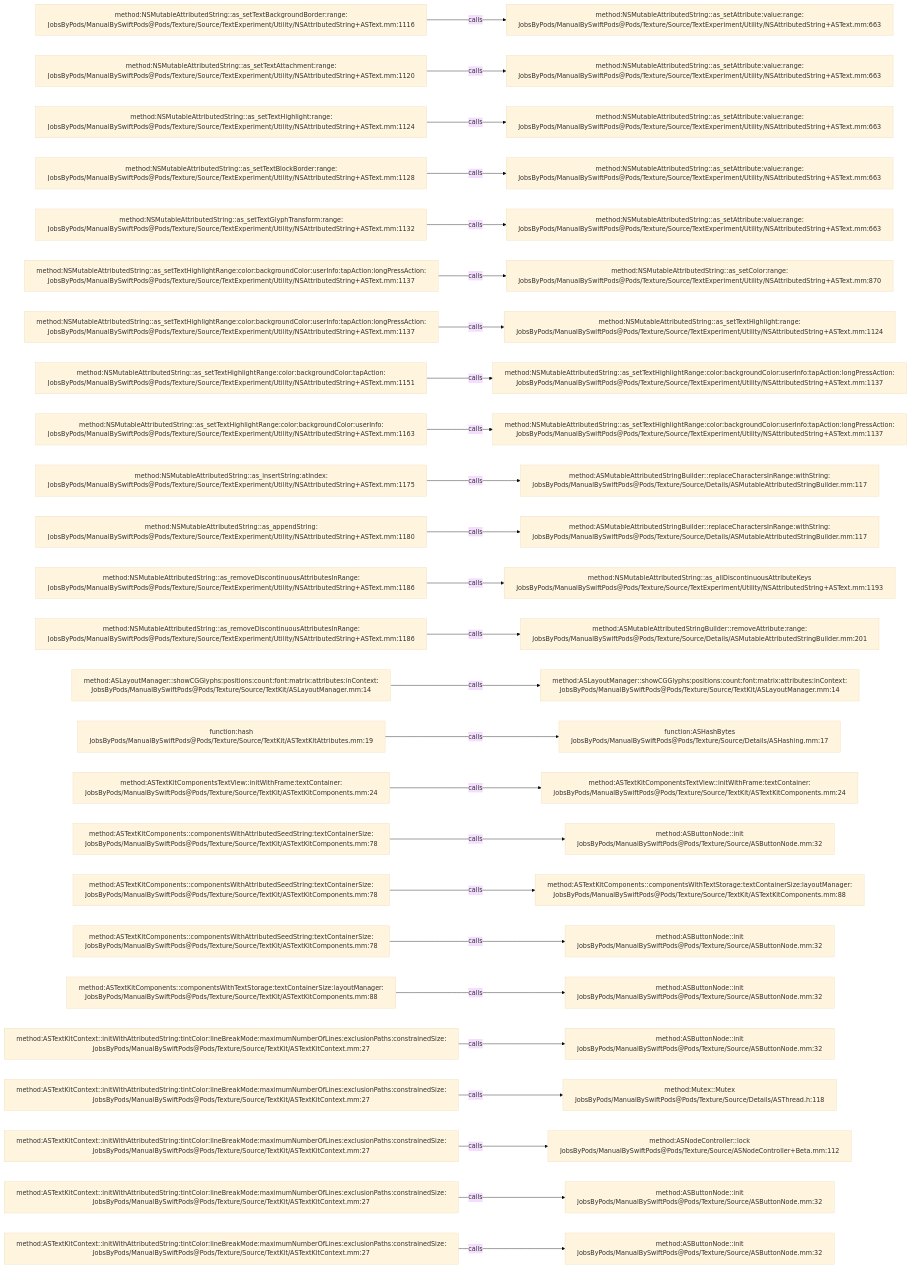
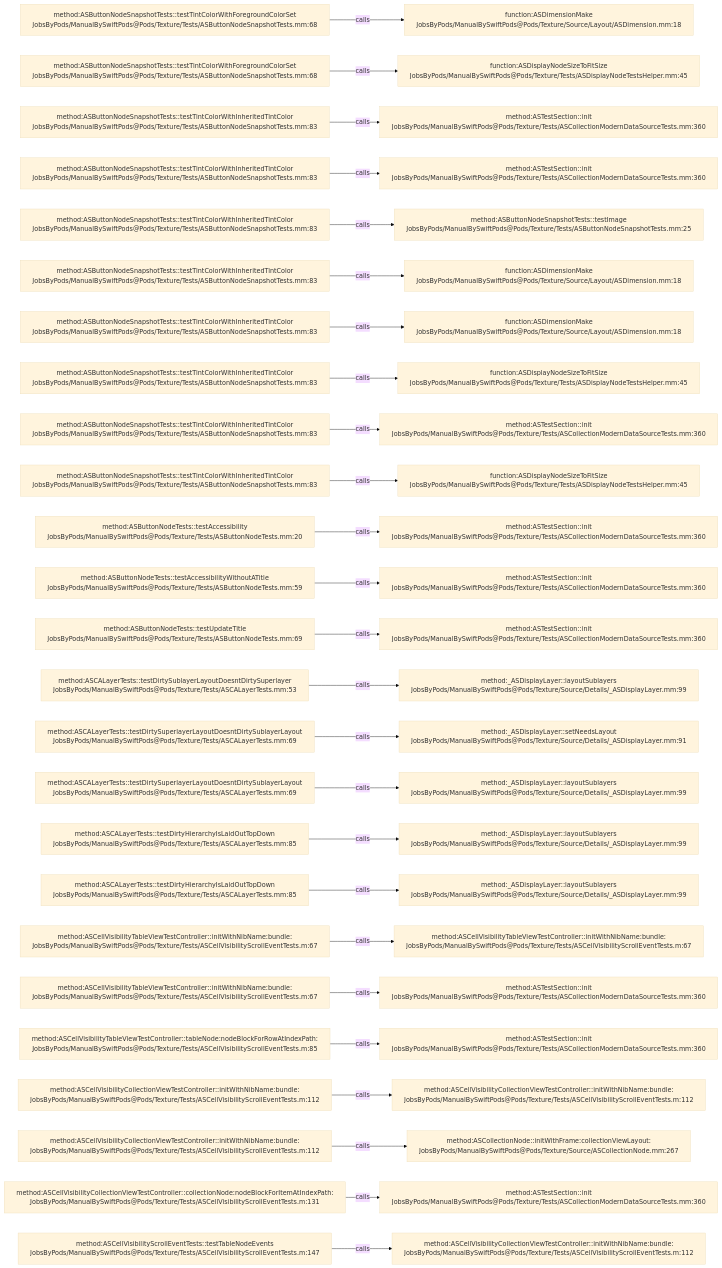
Before and after one commit to JobsKits/JobsSwiftBaseConfigDemo: the diagram in .codegraph/codegraph.md/graphs/calls-166.md, drawn with Mermaid (base theme). The commit also changed 832 other files, not shown here.

````diff
--- a/.codegraph/codegraph.md/graphs/calls-166.md
+++ b/.codegraph/codegraph.md/graphs/calls-166.md
@@ -13,78 +13,78 @@
 ```mermaid
 flowchart LR
-  S1["method:NSMutableAttributedString::as_setTextBackgroundBorder:range:<br/>JobsByPods/ManualBySwiftPods@Pods/Texture/Source/TextExperiment/Utility/NSAttributedString+ASText.mm:1116"]
-  T1["method:NSMutableAttributedString::as_setAttribute:value:range:<br/>JobsByPods/ManualBySwiftPods@Pods/Texture/Source/TextExperiment/Utility/NSAttributedString+ASText.mm:663"]
+  S1["method:ASButtonNodeSnapshotTests::testTintColorWithForegroundColorSet<br/>JobsByPods/ManualBySwiftPods@Pods/Texture/Tests/ASButtonNodeSnapshotTests.mm:68"]
+  T1["function:ASDimensionMake<br/>JobsByPods/ManualBySwiftPods@Pods/Texture/Source/Layout/ASDimension.mm:18"]
   S1 -->|calls| T1
-  S2["method:NSMutableAttributedString::as_setTextAttachment:range:<br/>JobsByPods/ManualBySwiftPods@Pods/Texture/Source/TextExperiment/Utility/NSAttributedString+ASText.mm:1120"]
-  T2["method:NSMutableAttributedString::as_setAttribute:value:range:<br/>JobsByPods/ManualBySwiftPods@Pods/Texture/Source/TextExperiment/Utility/NSAttributedString+ASText.mm:663"]
+  S2["method:ASButtonNodeSnapshotTests::testTintColorWithForegroundColorSet<br/>JobsByPods/ManualBySwiftPods@Pods/Texture/Tests/ASButtonNodeSnapshotTests.mm:68"]
+  T2["function:ASDisplayNodeSizeToFitSize<br/>JobsByPods/ManualBySwiftPods@Pods/Texture/Tests/ASDisplayNodeTestsHelper.mm:45"]
   S2 -->|calls| T2
-  S3["method:NSMutableAttributedString::as_setTextHighlight:range:<br/>JobsByPods/ManualBySwiftPods@Pods/Texture/Source/TextExperiment/Utility/NSAttributedString+ASText.mm:1124"]
-  T3["method:NSMutableAttributedString::as_setAttribute:value:range:<br/>JobsByPods/ManualBySwiftPods@Pods/Texture/Source/TextExperiment/Utility/NSAttributedString+ASText.mm:663"]
+  S3["method:ASButtonNodeSnapshotTests::testTintColorWithInheritedTintColor<br/>JobsByPods/ManualBySwiftPods@Pods/Texture/Tests/ASButtonNodeSnapshotTests.mm:83"]
+  T3["method:ASTestSection::init<br/>JobsByPods/ManualBySwiftPods@Pods/Texture/Tests/ASCollectionModernDataSourceTests.mm:360"]
   S3 -->|calls| T3
-  S4["method:NSMutableAttributedString::as_setTextBlockBorder:range:<br/>JobsByPods/ManualBySwiftPods@Pods/Texture/Source/TextExperiment/Utility/NSAttributedString+ASText.mm:1128"]
-  T4["method:NSMutableAttributedString::as_setAttribute:value:range:<br/>JobsByPods/ManualBySwiftPods@Pods/Texture/Source/TextExperiment/Utility/NSAttributedString+ASText.mm:663"]
+  S4["method:ASButtonNodeSnapshotTests::testTintColorWithInheritedTintColor<br/>JobsByPods/ManualBySwiftPods@Pods/Texture/Tests/ASButtonNodeSnapshotTests.mm:83"]
+  T4["method:ASTestSection::init<br/>JobsByPods/ManualBySwiftPods@Pods/Texture/Tests/ASCollectionModernDataSourceTests.mm:360"]
   S4 -->|calls| T4
-  S5["method:NSMutableAttributedString::as_setTextGlyphTransform:range:<br/>JobsByPods/ManualBySwiftPods@Pods/Texture/Source/TextExperiment/Utility/NSAttributedString+ASText.mm:1132"]
-  T5["method:NSMutableAttributedString::as_setAttribute:value:range:<br/>JobsByPods/ManualBySwiftPods@Pods/Texture/Source/TextExperiment/Utility/NSAttributedString+ASText.mm:663"]
+  S5["method:ASButtonNodeSnapshotTests::testTintColorWithInheritedTintColor<br/>JobsByPods/ManualBySwiftPods@Pods/Texture/Tests/ASButtonNodeSnapshotTests.mm:83"]
+  T5["method:ASButtonNodeSnapshotTests::testImage<br/>JobsByPods/ManualBySwiftPods@Pods/Texture/Tests/ASButtonNodeSnapshotTests.mm:25"]
   S5 -->|calls| T5
-  S6["method:NSMutableAttributedString::as_setTextHighlightRange:color:backgroundColor:userInfo:tapAction:longPressAction:<br/>JobsByPods/ManualBySwiftPods@Pods/Texture/Source/TextExperiment/Utility/NSAttributedString+ASText.mm:1137"]
-  T6["method:NSMutableAttributedString::as_setColor:range:<br/>JobsByPods/ManualBySwiftPods@Pods/Texture/Source/TextExperiment/Utility/NSAttributedString+ASText.mm:870"]
+  S6["method:ASButtonNodeSnapshotTests::testTintColorWithInheritedTintColor<br/>JobsByPods/ManualBySwiftPods@Pods/Texture/Tests/ASButtonNodeSnapshotTests.mm:83"]
+  T6["function:ASDimensionMake<br/>JobsByPods/ManualBySwiftPods@Pods/Texture/Source/Layout/ASDimension.mm:18"]
   S6 -->|calls| T6
-  S7["method:NSMutableAttributedString::as_setTextHighlightRange:color:backgroundColor:userInfo:tapAction:longPressAction:<br/>JobsByPods/ManualBySwiftPods@Pods/Texture/Source/TextExperiment/Utility/NSAttributedString+ASText.mm:1137"]
-  T7["method:NSMutableAttributedString::as_setTextHighlight:range:<br/>JobsByPods/ManualBySwiftPods@Pods/Texture/Source/TextExperiment/Utility/NSAttributedString+ASText.mm:1124"]
+  S7["method:ASButtonNodeSnapshotTests::testTintColorWithInheritedTintColor<br/>JobsByPods/ManualBySwiftPods@Pods/Texture/Tests/ASButtonNodeSnapshotTests.mm:83"]
+  T7["function:ASDimensionMake<br/>JobsByPods/ManualBySwiftPods@Pods/Texture/Source/Layout/ASDimension.mm:18"]
   S7 -->|calls| T7
-  S8["method:NSMutableAttributedString::as_setTextHighlightRange:color:backgroundColor:tapAction:<br/>JobsByPods/ManualBySwiftPods@Pods/Texture/Source/TextExperiment/Utility/NSAttributedString+ASText.mm:1151"]
-  T8["method:NSMutableAttributedString::as_setTextHighlightRange:color:backgroundColor:userInfo:tapAction:longPressAction:<br/>JobsByPods/ManualBySwiftPods@Pods/Texture/Source/TextExperiment/Utility/NSAttributedString+ASText.mm:1137"]
+  S8["method:ASButtonNodeSnapshotTests::testTintColorWithInheritedTintColor<br/>JobsByPods/ManualBySwiftPods@Pods/Texture/Tests/ASButtonNodeSnapshotTests.mm:83"]
+  T8["function:ASDisplayNodeSizeToFitSize<br/>JobsByPods/ManualBySwiftPods@Pods/Texture/Tests/ASDisplayNodeTestsHelper.mm:45"]
   S8 -->|calls| T8
-  S9["method:NSMutableAttributedString::as_setTextHighlightRange:color:backgroundColor:userInfo:<br/>JobsByPods/ManualBySwiftPods@Pods/Texture/Source/TextExperiment/Utility/NSAttributedString+ASText.mm:1163"]
-  T9["method:NSMutableAttributedString::as_setTextHighlightRange:color:backgroundColor:userInfo:tapAction:longPressAction:<br/>JobsByPods/ManualBySwiftPods@Pods/Texture/Source/TextExperiment/Utility/NSAttributedString+ASText.mm:1137"]
+  S9["method:ASButtonNodeSnapshotTests::testTintColorWithInheritedTintColor<br/>JobsByPods/ManualBySwiftPods@Pods/Texture/Tests/ASButtonNodeSnapshotTests.mm:83"]
+  T9["method:ASTestSection::init<br/>JobsByPods/ManualBySwiftPods@Pods/Texture/Tests/ASCollectionModernDataSourceTests.mm:360"]
   S9 -->|calls| T9
-  S10["method:NSMutableAttributedString::as_insertString:atIndex:<br/>JobsByPods/ManualBySwiftPods@Pods/Texture/Source/TextExperiment/Utility/NSAttributedString+ASText.mm:1175"]
-  T10["method:ASMutableAttributedStringBuilder::replaceCharactersInRange:withString:<br/>JobsByPods/ManualBySwiftPods@Pods/Texture/Source/Details/ASMutableAttributedStringBuilder.mm:117"]
+  S10["method:ASButtonNodeSnapshotTests::testTintColorWithInheritedTintColor<br/>JobsByPods/ManualBySwiftPods@Pods/Texture/Tests/ASButtonNodeSnapshotTests.mm:83"]
+  T10["function:ASDisplayNodeSizeToFitSize<br/>JobsByPods/ManualBySwiftPods@Pods/Texture/Tests/ASDisplayNodeTestsHelper.mm:45"]
   S10 -->|calls| T10
-  S11["method:NSMutableAttributedString::as_appendString:<br/>JobsByPods/ManualBySwiftPods@Pods/Texture/Source/TextExperiment/Utility/NSAttributedString+ASText.mm:1180"]
-  T11["method:ASMutableAttributedStringBuilder::replaceCharactersInRange:withString:<br/>JobsByPods/ManualBySwiftPods@Pods/Texture/Source/Details/ASMutableAttributedStringBuilder.mm:117"]
+  S11["method:ASButtonNodeTests::testAccessibility<br/>JobsByPods/ManualBySwiftPods@Pods/Texture/Tests/ASButtonNodeTests.mm:20"]
+  T11["method:ASTestSection::init<br/>JobsByPods/ManualBySwiftPods@Pods/Texture/Tests/ASCollectionModernDataSourceTests.mm:360"]
   S11 -->|calls| T11
-  S12["method:NSMutableAttributedString::as_removeDiscontinuousAttributesInRange:<br/>JobsByPods/ManualBySwiftPods@Pods/Texture/Source/TextExperiment/Utility/NSAttributedString+ASText.mm:1186"]
-  T12["method:NSMutableAttributedString::as_allDiscontinuousAttributeKeys<br/>JobsByPods/ManualBySwiftPods@Pods/Texture/Source/TextExperiment/Utility/NSAttributedString+ASText.mm:1193"]
+  S12["method:ASButtonNodeTests::testAccessibilityWithoutATitle<br/>JobsByPods/ManualBySwiftPods@Pods/Texture/Tests/ASButtonNodeTests.mm:59"]
+  T12["method:ASTestSection::init<br/>JobsByPods/ManualBySwiftPods@Pods/Texture/Tests/ASCollectionModernDataSourceTests.mm:360"]
   S12 -->|calls| T12
-  S13["method:NSMutableAttributedString::as_removeDiscontinuousAttributesInRange:<br/>JobsByPods/ManualBySwiftPods@Pods/Texture/Source/TextExperiment/Utility/NSAttributedString+ASText.mm:1186"]
-  T13["method:ASMutableAttributedStringBuilder::removeAttribute:range:<br/>JobsByPods/ManualBySwiftPods@Pods/Texture/Source/Details/ASMutableAttributedStringBuilder.mm:201"]
+  S13["method:ASButtonNodeTests::testUpdateTitle<br/>JobsByPods/ManualBySwiftPods@Pods/Texture/Tests/ASButtonNodeTests.mm:69"]
+  T13["method:ASTestSection::init<br/>JobsByPods/ManualBySwiftPods@Pods/Texture/Tests/ASCollectionModernDataSourceTests.mm:360"]
   S13 -->|calls| T13
-  S14["method:ASLayoutManager::showCGGlyphs:positions:count:font:matrix:attributes:inContext:<br/>JobsByPods/ManualBySwiftPods@Pods/Texture/Source/TextKit/ASLayoutManager.mm:14"]
-  T14["method:ASLayoutManager::showCGGlyphs:positions:count:font:matrix:attributes:inContext:<br/>JobsByPods/ManualBySwiftPods@Pods/Texture/Source/TextKit/ASLayoutManager.mm:14"]
+  S14["method:ASCALayerTests::testDirtySublayerLayoutDoesntDirtySuperlayer<br/>JobsByPods/ManualBySwiftPods@Pods/Texture/Tests/ASCALayerTests.mm:53"]
+  T14["method:_ASDisplayLayer::layoutSublayers<br/>JobsByPods/ManualBySwiftPods@Pods/Texture/Source/Details/_ASDisplayLayer.mm:99"]
   S14 -->|calls| T14
-  S15["function:hash<br/>JobsByPods/ManualBySwiftPods@Pods/Texture/Source/TextKit/ASTextKitAttributes.mm:19"]
-  T15["function:ASHashBytes<br/>JobsByPods/ManualBySwiftPods@Pods/Texture/Source/Details/ASHashing.mm:17"]
+  S15["method:ASCALayerTests::testDirtySuperlayerLayoutDoesntDirtySublayerLayout<br/>JobsByPods/ManualBySwiftPods@Pods/Texture/Tests/ASCALayerTests.mm:69"]
+  T15["method:_ASDisplayLayer::setNeedsLayout<br/>JobsByPods/ManualBySwiftPods@Pods/Texture/Source/Details/_ASDisplayLayer.mm:91"]
   S15 -->|calls| T15
-  S16["method:ASTextKitComponentsTextView::initWithFrame:textContainer:<br/>JobsByPods/ManualBySwiftPods@Pods/Texture/Source/TextKit/ASTextKitComponents.mm:24"]
-  T16["method:ASTextKitComponentsTextView::initWithFrame:textContainer:<br/>JobsByPods/ManualBySwiftPods@Pods/Texture/Source/TextKit/ASTextKitComponents.mm:24"]
+  S16["method:ASCALayerTests::testDirtySuperlayerLayoutDoesntDirtySublayerLayout<br/>JobsByPods/ManualBySwiftPods@Pods/Texture/Tests/ASCALayerTests.mm:69"]
+  T16["method:_ASDisplayLayer::layoutSublayers<br/>JobsByPods/ManualBySwiftPods@Pods/Texture/Source/Details/_ASDisplayLayer.mm:99"]
   S16 -->|calls| T16
-  S17["method:ASTextKitComponents::componentsWithAttributedSeedString:textContainerSize:<br/>JobsByPods/ManualBySwiftPods@Pods/Texture/Source/TextKit/ASTextKitComponents.mm:78"]
-  T17["method:ASButtonNode::init<br/>JobsByPods/ManualBySwiftPods@Pods/Texture/Source/ASButtonNode.mm:32"]
+  S17["method:ASCALayerTests::testDirtyHierarchyIsLaidOutTopDown<br/>JobsByPods/ManualBySwiftPods@Pods/Texture/Tests/ASCALayerTests.mm:85"]
+  T17["method:_ASDisplayLayer::layoutSublayers<br/>JobsByPods/ManualBySwiftPods@Pods/Texture/Source/Details/_ASDisplayLayer.mm:99"]
   S17 -->|calls| T17
-  S18["method:ASTextKitComponents::componentsWithAttributedSeedString:textContainerSize:<br/>JobsByPods/ManualBySwiftPods@Pods/Texture/Source/TextKit/ASTextKitComponents.mm:78"]
-  T18["method:ASTextKitComponents::componentsWithTextStorage:textContainerSize:layoutManager:<br/>JobsByPods/ManualBySwiftPods@Pods/Texture/Source/TextKit/ASTextKitComponents.mm:88"]
+  S18["method:ASCALayerTests::testDirtyHierarchyIsLaidOutTopDown<br/>JobsByPods/ManualBySwiftPods@Pods/Texture/Tests/ASCALayerTests.mm:85"]
+  T18["method:_ASDisplayLayer::layoutSublayers<br/>JobsByPods/ManualBySwiftPods@Pods/Texture/Source/Details/_ASDisplayLayer.mm:99"]
   S18 -->|calls| T18
-  S19["method:ASTextKitComponents::componentsWithAttributedSeedString:textContainerSize:<br/>JobsByPods/ManualBySwiftPods@Pods/Texture/Source/TextKit/ASTextKitComponents.mm:78"]
-  T19["method:ASButtonNode::init<br/>JobsByPods/ManualBySwiftPods@Pods/Texture/Source/ASButtonNode.mm:32"]
+  S19["method:ASCellVisibilityTableViewTestController::initWithNibName:bundle:<br/>JobsByPods/ManualBySwiftPods@Pods/Texture/Tests/ASCellVisibilityScrollEventTests.m:67"]
+  T19["method:ASCellVisibilityTableViewTestController::initWithNibName:bundle:<br/>JobsByPods/ManualBySwiftPods@Pods/Texture/Tests/ASCellVisibilityScrollEventTests.m:67"]
   S19 -->|calls| T19
-  S20["method:ASTextKitComponents::componentsWithTextStorage:textContainerSize:layoutManager:<br/>JobsByPods/ManualBySwiftPods@Pods/Texture/Source/TextKit/ASTextKitComponents.mm:88"]
-  T20["method:ASButtonNode::init<br/>JobsByPods/ManualBySwiftPods@Pods/Texture/Source/ASButtonNode.mm:32"]
+  S20["method:ASCellVisibilityTableViewTestController::initWithNibName:bundle:<br/>JobsByPods/ManualBySwiftPods@Pods/Texture/Tests/ASCellVisibilityScrollEventTests.m:67"]
+  T20["method:ASTestSection::init<br/>JobsByPods/ManualBySwiftPods@Pods/Texture/Tests/ASCollectionModernDataSourceTests.mm:360"]
   S20 -->|calls| T20
-  S21["method:ASTextKitContext::initWithAttributedString:tintColor:lineBreakMode:maximumNumberOfLines:exclusionPaths:constrainedSize:<br/>JobsByPods/ManualBySwiftPods@Pods/Texture/Source/TextKit/ASTextKitContext.mm:27"]
-  T21["method:ASButtonNode::init<br/>JobsByPods/ManualBySwiftPods@Pods/Texture/Source/ASButtonNode.mm:32"]
+  S21["method:ASCellVisibilityTableViewTestController::tableNode:nodeBlockForRowAtIndexPath:<br/>JobsByPods/ManualBySwiftPods@Pods/Texture/Tests/ASCellVisibilityScrollEventTests.m:85"]
+  T21["method:ASTestSection::init<br/>JobsByPods/ManualBySwiftPods@Pods/Texture/Tests/ASCollectionModernDataSourceTests.mm:360"]
   S21 -->|calls| T21
-  S22["method:ASTextKitContext::initWithAttributedString:tintColor:lineBreakMode:maximumNumberOfLines:exclusionPaths:constrainedSize:<br/>JobsByPods/ManualBySwiftPods@Pods/Texture/Source/TextKit/ASTextKitContext.mm:27"]
-  T22["method:Mutex::Mutex<br/>JobsByPods/ManualBySwiftPods@Pods/Texture/Source/Details/ASThread.h:118"]
+  S22["method:ASCellVisibilityCollectionViewTestController::initWithNibName:bundle:<br/>JobsByPods/ManualBySwiftPods@Pods/Texture/Tests/ASCellVisibilityScrollEventTests.m:112"]
+  T22["method:ASCellVisibilityCollectionViewTestController::initWithNibName:bundle:<br/>JobsByPods/ManualBySwiftPods@Pods/Texture/Tests/ASCellVisibilityScrollEventTests.m:112"]
   S22 -->|calls| T22
-  S23["method:ASTextKitContext::initWithAttributedString:tintColor:lineBreakMode:maximumNumberOfLines:exclusionPaths:constrainedSize:<br/>JobsByPods/ManualBySwiftPods@Pods/Texture/Source/TextKit/ASTextKitContext.mm:27"]
-  T23["method:ASNodeController::lock<br/>JobsByPods/ManualBySwiftPods@Pods/Texture/Source/ASNodeController+Beta.mm:112"]
+  S23["method:ASCellVisibilityCollectionViewTestController::initWithNibName:bundle:<br/>JobsByPods/ManualBySwiftPods@Pods/Texture/Tests/ASCellVisibilityScrollEventTests.m:112"]
+  T23["method:ASCollectionNode::initWithFrame:collectionViewLayout:<br/>JobsByPods/ManualBySwiftPods@Pods/Texture/Source/ASCollectionNode.mm:267"]
   S23 -->|calls| T23
-  S24["method:ASTextKitContext::initWithAttributedString:tintColor:lineBreakMode:maximumNumberOfLines:exclusionPaths:constrainedSize:<br/>JobsByPods/ManualBySwiftPods@Pods/Texture/Source/TextKit/ASTextKitContext.mm:27"]
-  T24["method:ASButtonNode::init<br/>JobsByPods/ManualBySwiftPods@Pods/Texture/Source/ASButtonNode.mm:32"]
+  S24["method:ASCellVisibilityCollectionViewTestController::collectionNode:nodeBlockForItemAtIndexPath:<br/>JobsByPods/ManualBySwiftPods@Pods/Texture/Tests/ASCellVisibilityScrollEventTests.m:131"]
+  T24["method:ASTestSection::init<br/>JobsByPods/ManualBySwiftPods@Pods/Texture/Tests/ASCollectionModernDataSourceTests.mm:360"]
   S24 -->|calls| T24
-  S25["method:ASTextKitContext::initWithAttributedString:tintColor:lineBreakMode:maximumNumberOfLines:exclusionPaths:constrainedSize:<br/>JobsByPods/ManualBySwiftPods@Pods/Texture/Source/TextKit/ASTextKitContext.mm:27"]
-  T25["method:ASButtonNode::init<br/>JobsByPods/ManualBySwiftPods@Pods/Texture/Source/ASButtonNode.mm:32"]
+  S25["method:ASCellVisibilityScrollEventTests::testTableNodeEvents<br/>JobsByPods/ManualBySwiftPods@Pods/Texture/Tests/ASCellVisibilityScrollEventTests.m:147"]
+  T25["method:ASCellVisibilityCollectionViewTestController::initWithNibName:bundle:<br/>JobsByPods/ManualBySwiftPods@Pods/Texture/Tests/ASCellVisibilityScrollEventTests.m:112"]
   S25 -->|calls| T25
 ```
````
